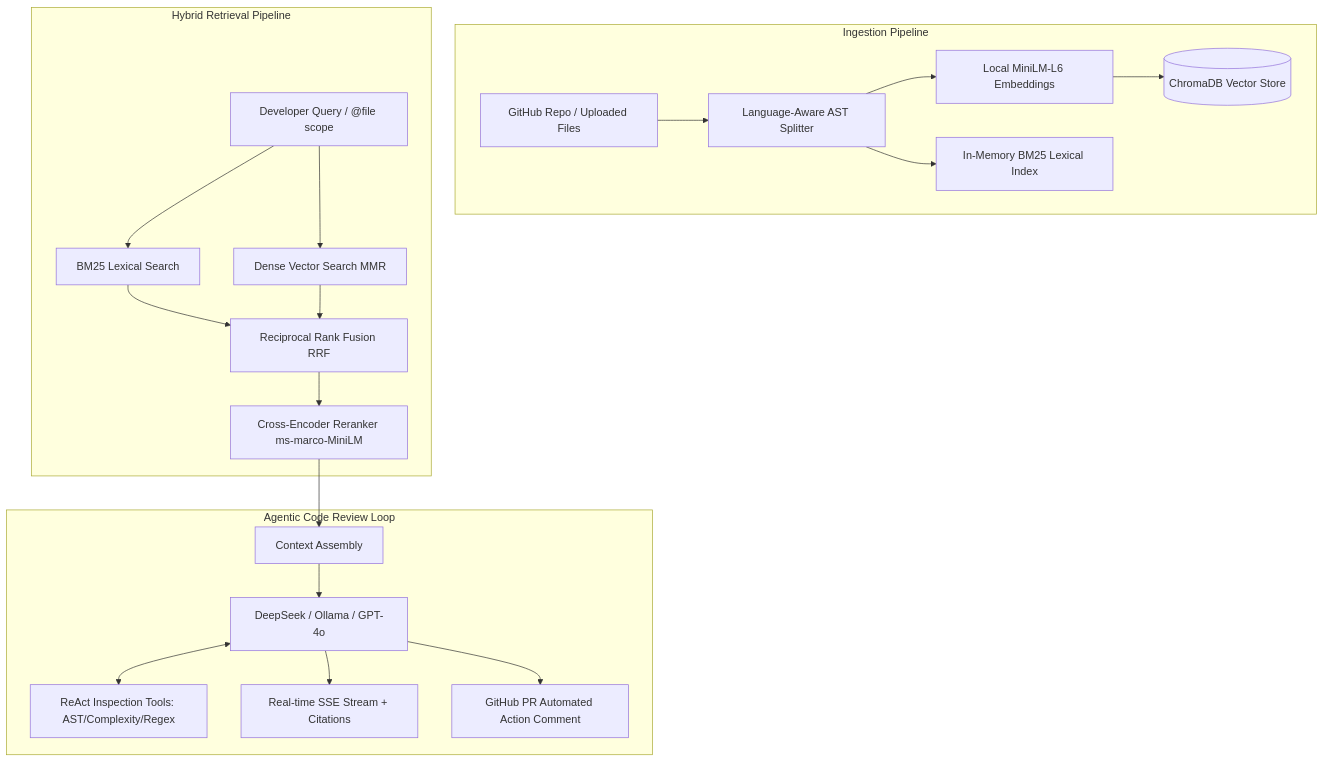
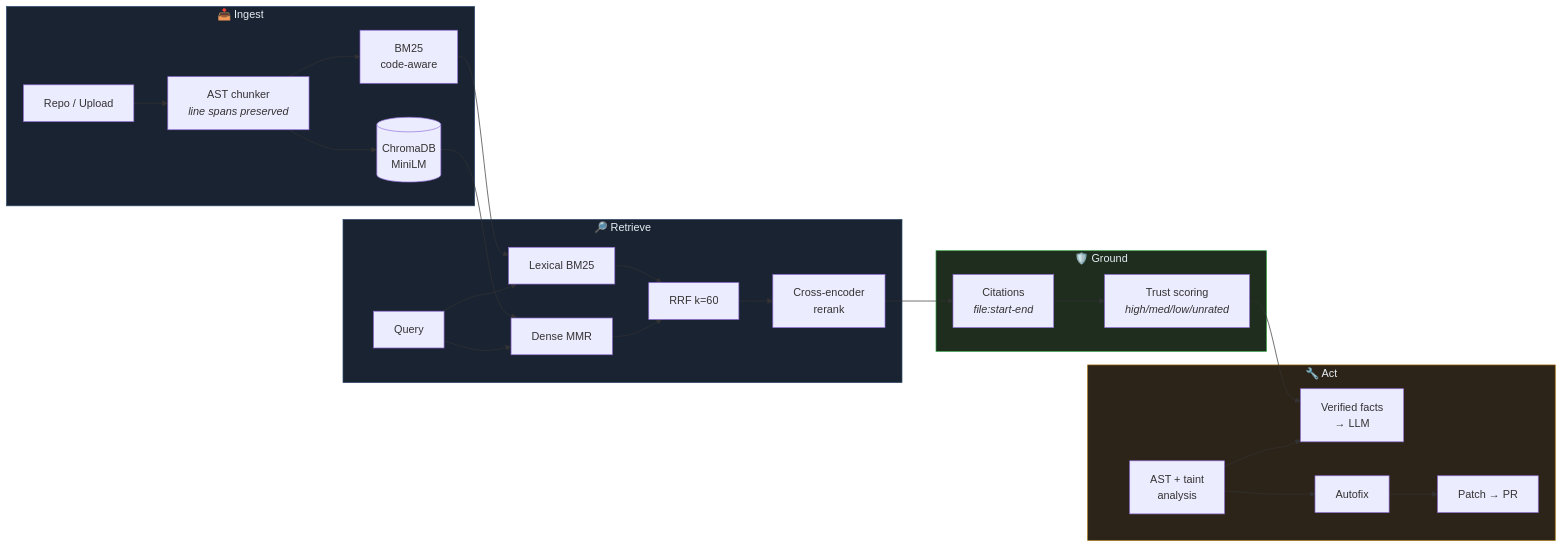
One commit to garimauttam/SavFlux changed the diagram in README.md. Above: the diagram before and after it, drawn with Mermaid. The commit also changed other lines of this file and 72 other files, not shown here.

````diff
--- a/README.md
+++ b/README.md
@@ -29,25 +150,36 @@
 ```mermaid
-flowchart TD
-    subgraph Ingestion Pipeline
-        A[GitHub Repo / Uploaded Files] --> B[Language-Aware AST Splitter]
-        B --> C[Local MiniLM-L6 Embeddings]
-        C --> D[(ChromaDB Vector Store)]
-        B --> E[In-Memory BM25 Lexical Index]
+flowchart LR
+    subgraph INGEST["📥 Ingest"]
+        A[Repo / Upload] --> B[AST chunker<br/><i>line spans preserved</i>]
+        B --> C[(ChromaDB<br/>MiniLM)]
+        B --> D[BM25<br/>code-aware]
     end
 
-    subgraph Hybrid Retrieval Pipeline
-        Q[Developer Query / @file scope] --> F[BM25 Lexical Search]
-        Q --> G[Dense Vector Search MMR]
-        F --> H[Reciprocal Rank Fusion RRF]
-        G --> H
-        H --> I[Cross-Encoder Reranker ms-marco-MiniLM]
+    subgraph RETRIEVE["🔎 Retrieve"]
+        Q[Query] --> E[Dense MMR]
+        Q --> F[Lexical BM25]
+        E --> G[RRF k=60]
+        F --> G
+        G --> H[Cross-encoder<br/>rerank]
     end
 
-    subgraph Agentic Code Review Loop
-        I --> J[Context Assembly]
-        J --> K[DeepSeek / Ollama / GPT-4o]
-        K <--> L[ReAct Inspection Tools: AST/Complexity/Regex]
-        K --> M[Real-time SSE Stream + Citations]
-        K --> N[GitHub PR Automated Action Comment]
+    subgraph GROUND["🛡️ Ground"]
+        H --> I[Citations<br/><i>file:start-end</i>]
+        I --> J[Trust scoring<br/><i>high/med/low/unrated</i>]
     end
+
+    subgraph ACT["🔧 Act"]
+        K[AST + taint<br/>analysis] --> L[Verified facts<br/>→ LLM]
+        K --> M[Autofix]
+        M --> N[Patch → PR]
+    end
+
+    C --> E
+    D --> F
+    J --> L
+
+    style INGEST fill:#1a2332,stroke:#2d4a6b,color:#e6edf3
+    style RETRIEVE fill:#1a2332,stroke:#2d4a6b,color:#e6edf3
+    style GROUND fill:#1f2d1f,stroke:#2ea043,color:#e6edf3
+    style ACT fill:#2d2419,stroke:#9e6a03,color:#e6edf3
 ```
````
